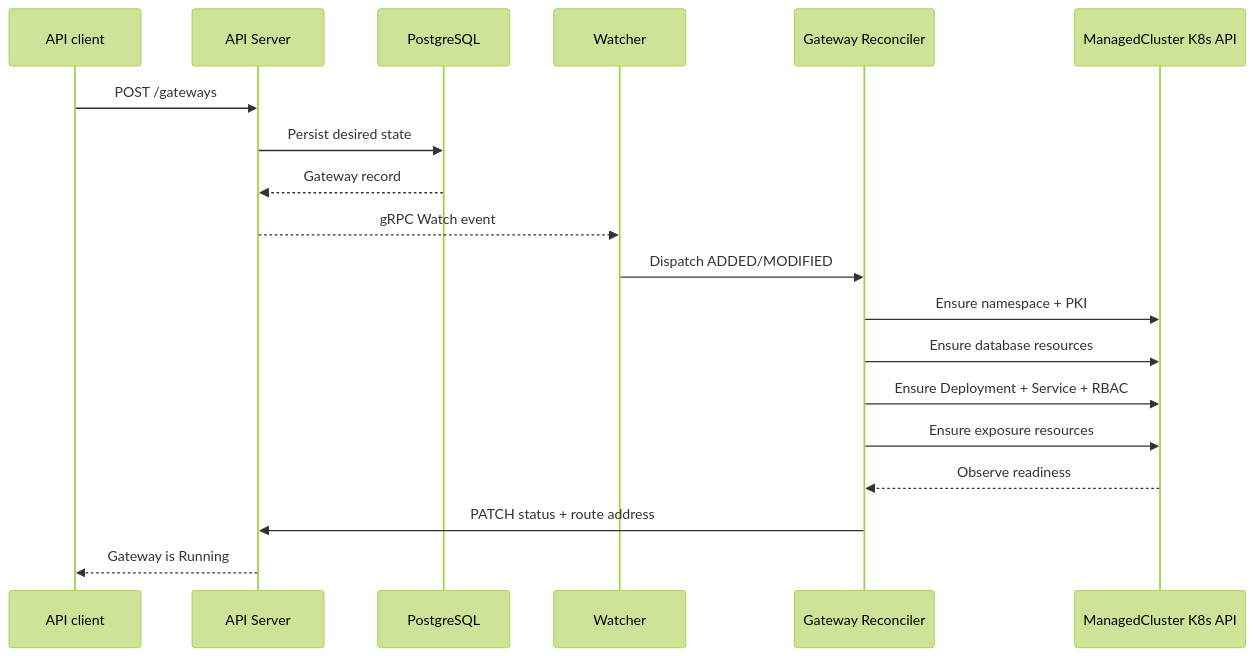
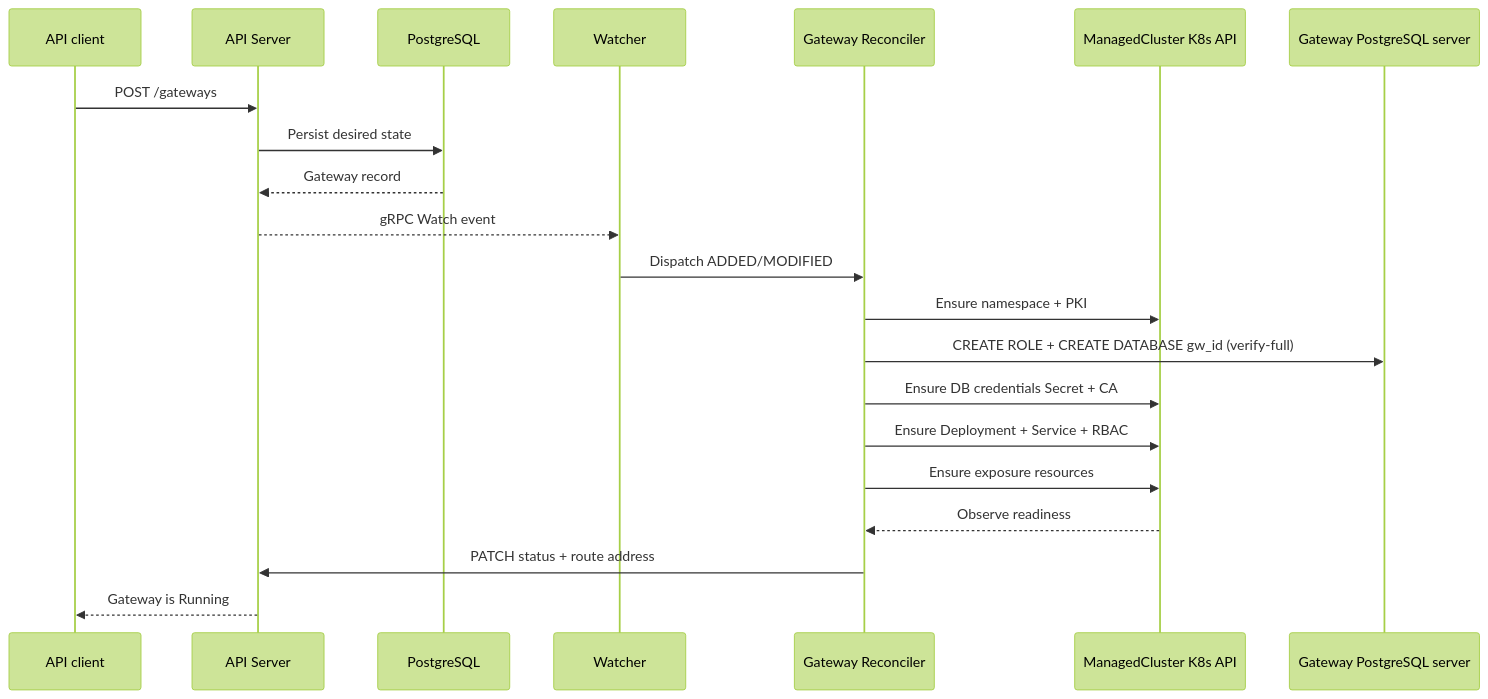
The first of 2 diagrams in docs/architecture/source/control-plane.md (jonmosco/hypershell), drawn with Mermaid (forest theme) before and after one commit. The commit also changed other lines of this file and 224 other files, not shown here.

````diff
--- a/docs/architecture/source/control-plane.md
+++ b/docs/architecture/source/control-plane.md
@@ -9,21 +9,23 @@
 ```mermaid
 sequenceDiagram
   participant User as API client
   participant API as API Server
   participant DB as PostgreSQL
   participant W as Watcher
   participant R as Gateway Reconciler
   participant K as ManagedCluster K8s API
+  participant PG as Gateway PostgreSQL server
   User->>API: POST /gateways
   API->>DB: Persist desired state
   DB-->>API: Gateway record
   API-->>W: gRPC Watch event
   W->>R: Dispatch ADDED/MODIFIED
   R->>K: Ensure namespace + PKI
-  R->>K: Ensure database resources
+  R->>PG: CREATE ROLE + CREATE DATABASE gw_id (verify-full)
+  R->>K: Ensure DB credentials Secret + CA
   R->>K: Ensure Deployment + Service + RBAC
   R->>K: Ensure exposure resources
   K-->>R: Observe readiness
   R->>API: PATCH status + route address
   API-->>User: Gateway is Running
 ```
````
